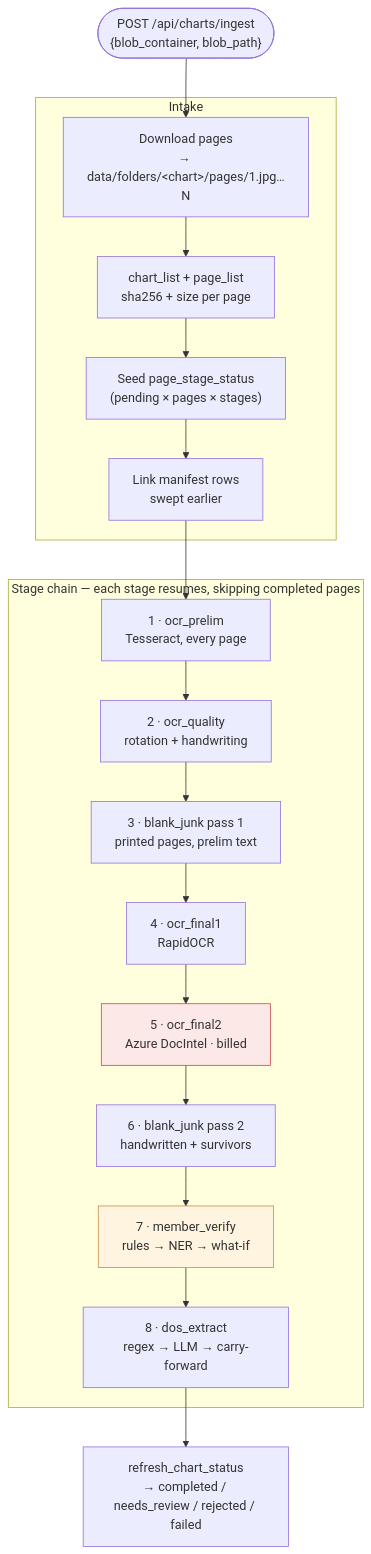
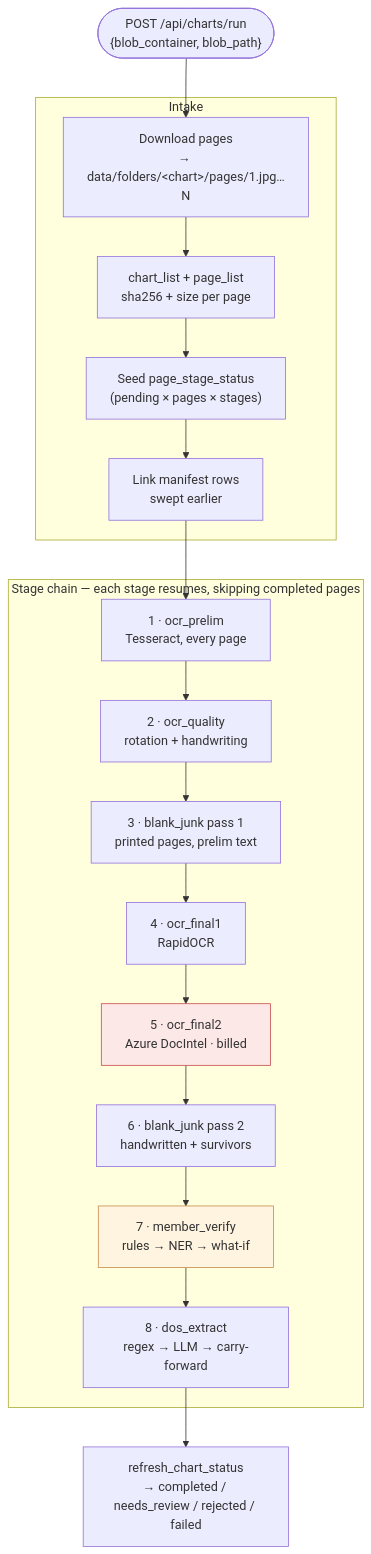
The second of 7 diagrams in docs/FLOW.md (abhinavdg-ever/model-repo), drawn with Mermaid before and after one commit. The commit also changed other lines of this file and 11 other files, not shown here.

````diff
--- a/docs/FLOW.md
+++ b/docs/FLOW.md
@@ -47,30 +47,30 @@
 ```mermaid
 flowchart TD
-  START(["POST /api/charts/ingest<br/>{blob_container, blob_path}"]) --> DL
+  START(["POST /api/charts/run<br/>{blob_container, blob_path}"]) --> DL
 
   subgraph INTAKE["Intake"]
     DL["Download pages<br/>→ data/folders/&lt;chart&gt;/pages/1.jpg…N"]
     DL --> REG["chart_list + page_list<br/>sha256 + size per page"]
     REG --> SEED["Seed page_stage_status<br/>(pending × pages × stages)"]
     SEED --> LINK["Link manifest rows<br/>swept earlier"]
   end
 
   LINK --> S1
 
   subgraph CHAIN["Stage chain — each stage resumes, skipping completed pages"]
     S1["1 · ocr_prelim<br/>Tesseract, every page"]
     S2["2 · ocr_quality<br/>rotation + handwriting"]
     S3["3 · blank_junk pass 1<br/>printed pages, prelim text"]
     S4["4 · ocr_final1<br/>RapidOCR"]
     S5["5 · ocr_final2<br/>Azure DocIntel · billed"]
     S6["6 · blank_junk pass 2<br/>handwritten + survivors"]
     S7["7 · member_verify<br/>rules → NER → what-if"]
     S8["8 · dos_extract<br/>regex → LLM → carry-forward"]
     S1 --> S2 --> S3 --> S4 --> S5 --> S6 --> S7 --> S8
   end
 
   S8 --> DONE["refresh_chart_status<br/>→ completed / needs_review / rejected / failed"]
 
   style S5 fill:#fde8e8,stroke:#c74a4a
   style S7 fill:#fff4e0,stroke:#c78a4a
 ```
````
